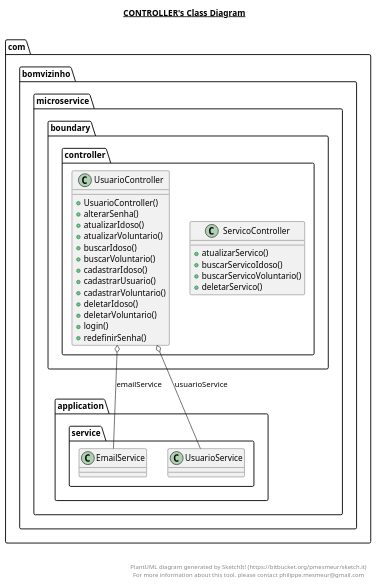
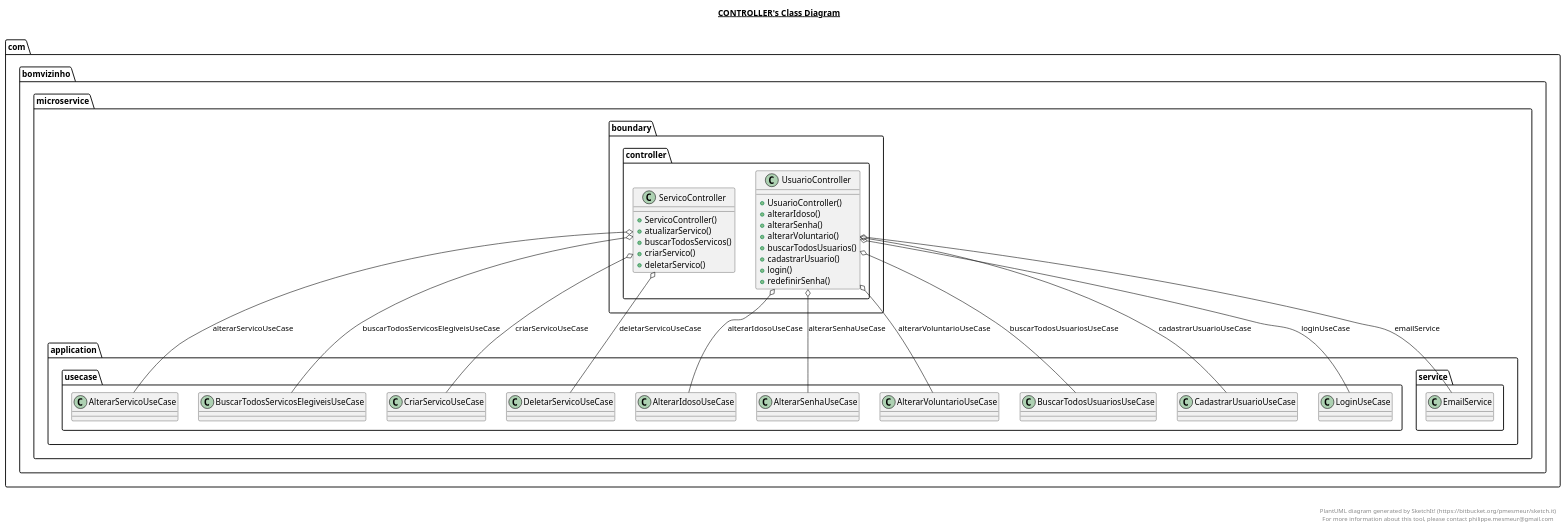
Before and after one commit to viniciustavanoferreira/voluntariado-backend: the diagram in src/main/java/com/bomvizinho/microservice/boundary/controller/controller.plantuml, drawn with PlantUML. The commit also changed 21 other files, not shown here.

Commit message:
feat: add plantuml and return service when create or uptade

```diff
--- a/src/main/java/com/bomvizinho/microservice/boundary/controller/controller.plantuml
+++ b/src/main/java/com/bomvizinho/microservice/boundary/controller/controller.plantuml
@@ -1,49 +1,54 @@
 @startuml
 
 title __CONTROLLER's Class Diagram__\n
 
   namespace com.bomvizinho.microservice {
     namespace boundary.controller {
       class com.bomvizinho.microservice.boundary.controller.ServicoController {
+          + ServicoController()
           + atualizarServico()
-          + buscarServicoIdoso()
-          + buscarServicoVoluntario()
+          + buscarTodosServicos()
+          + criarServico()
           + deletarServico()
       }
     }
   }
   
 
   namespace com.bomvizinho.microservice {
     namespace boundary.controller {
       class com.bomvizinho.microservice.boundary.controller.UsuarioController {
           + UsuarioController()
+          + alterarIdoso()
           + alterarSenha()
-          + atualizarIdoso()
-          + atualizarVoluntario()
-          + buscarIdoso()
-          + buscarVoluntario()
-          + cadastrarIdoso()
+          + alterarVoluntario()
+          + buscarTodosUsuarios()
           + cadastrarUsuario()
-          + cadastrarVoluntario()
-          + deletarIdoso()
-          + deletarVoluntario()
           + login()
           + redefinirSenha()
       }
     }
   }
   
 
+  com.bomvizinho.microservice.boundary.controller.ServicoController o-- com.bomvizinho.microservice.application.usecase.AlterarServicoUseCase : alterarServicoUseCase
+  com.bomvizinho.microservice.boundary.controller.ServicoController o-- com.bomvizinho.microservice.application.usecase.BuscarTodosServicosElegiveisUseCase : buscarTodosServicosElegiveisUseCase
+  com.bomvizinho.microservice.boundary.controller.ServicoController o-- com.bomvizinho.microservice.application.usecase.CriarServicoUseCase : criarServicoUseCase
+  com.bomvizinho.microservice.boundary.controller.ServicoController o-- com.bomvizinho.microservice.application.usecase.DeletarServicoUseCase : deletarServicoUseCase
+  com.bomvizinho.microservice.boundary.controller.UsuarioController o-- com.bomvizinho.microservice.application.usecase.AlterarIdosoUseCase : alterarIdosoUseCase
+  com.bomvizinho.microservice.boundary.controller.UsuarioController o-- com.bomvizinho.microservice.application.usecase.AlterarSenhaUseCase : alterarSenhaUseCase
+  com.bomvizinho.microservice.boundary.controller.UsuarioController o-- com.bomvizinho.microservice.application.usecase.AlterarVoluntarioUseCase : alterarVoluntarioUseCase
+  com.bomvizinho.microservice.boundary.controller.UsuarioController o-- com.bomvizinho.microservice.application.usecase.BuscarTodosUsuariosUseCase : buscarTodosUsuariosUseCase
+  com.bomvizinho.microservice.boundary.controller.UsuarioController o-- com.bomvizinho.microservice.application.usecase.CadastrarUsuarioUseCase : cadastrarUsuarioUseCase
   com.bomvizinho.microservice.boundary.controller.UsuarioController o-- com.bomvizinho.microservice.application.service.EmailService : emailService
-  com.bomvizinho.microservice.boundary.controller.UsuarioController o-- com.bomvizinho.microservice.application.service.UsuarioService : usuarioService
+  com.bomvizinho.microservice.boundary.controller.UsuarioController o-- com.bomvizinho.microservice.application.usecase.LoginUseCase : loginUseCase
 
 
 right footer
 
 
 PlantUML diagram generated by SketchIt! (https://bitbucket.org/pmesmeur/sketch.it)
 For more information about this tool, please contact philippe.mesmeur@gmail.com
 endfooter
 
 @enduml
```
